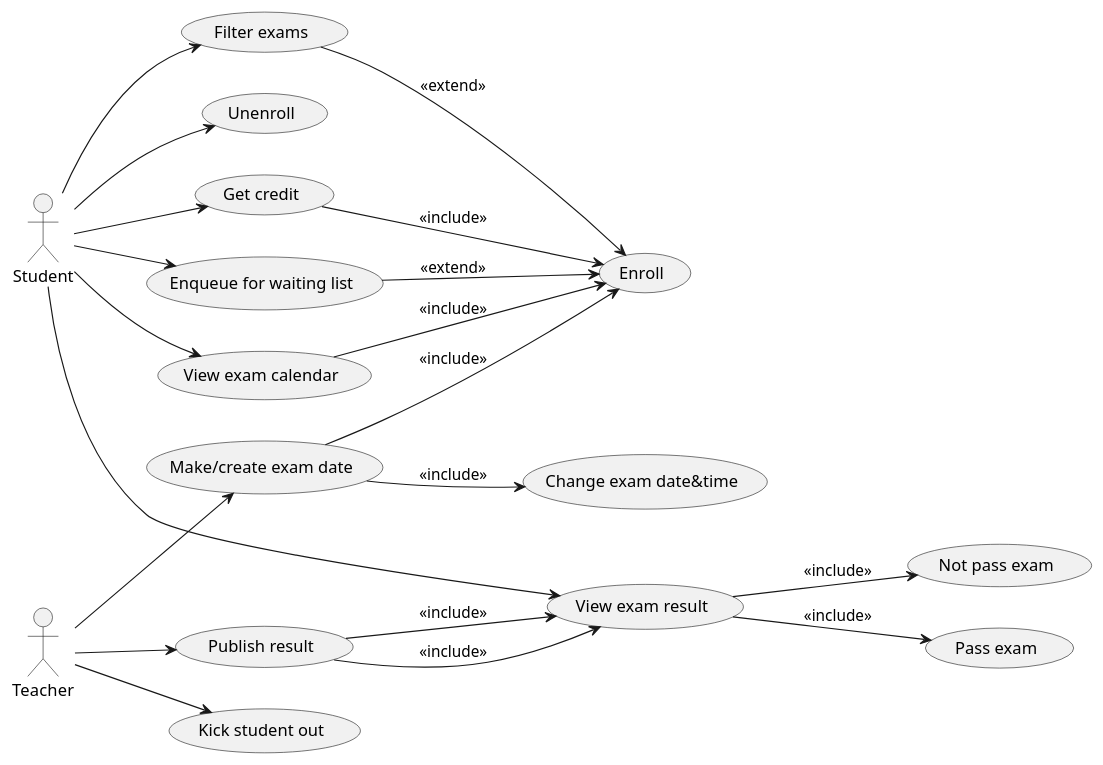
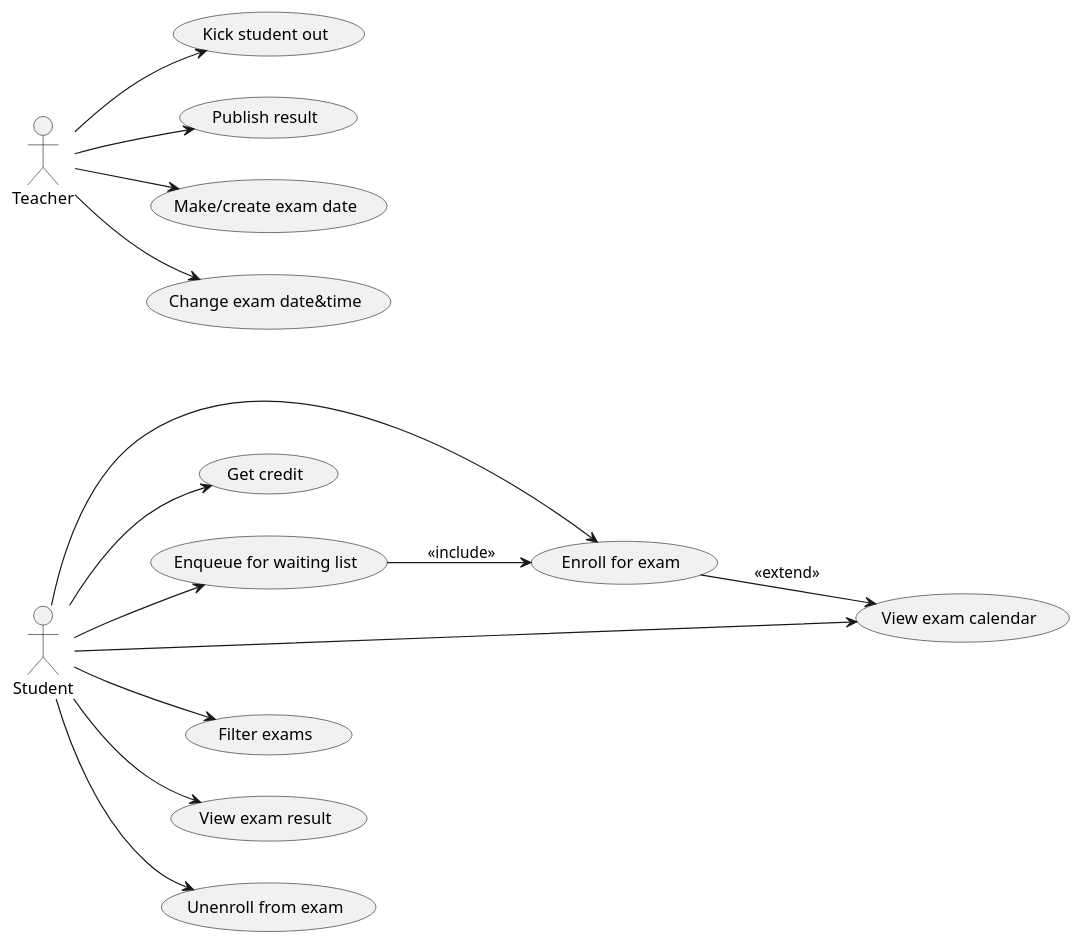
Before and after one commit to Fundeluk/nswi041-exams: the first of 2 diagrams in seminar-work.md, drawn with PlantUML. The commit also changed other lines of this file and 1 other file, not shown here.

Commit message:
add plantuml to seminar work

````diff
--- a/seminar-work.md
+++ b/seminar-work.md
@@ -46,42 +46,35 @@
 ```plantuml
-@startuml
+@startuml UseCases1
 left to right direction
 actor Student as s
 actor Teacher as t
-usecase "Enroll" as SI
+usecase "Enroll for exam" as SI
 usecase "Get credit" as GC1
 usecase "Enqueue for waiting list" as QWL1
 usecase "View exam calendar" as VEC1
 usecase "Filter exams" as FE1
 usecase "View exam result" as VER1
-usecase "Unenroll" as SO1
+usecase "Unenroll from exam" as SO1
 usecase "Kick student out" as KSO1
 usecase "Publish result" as PR
 usecase "Make/create exam date" as MED
 usecase "Change exam date&time" as CED
-usecase "Not pass exam" as NPE
-usecase "Pass exam" as PE
  
 s --> GC1
 s --> QWL1
 s --> VEC1
 s --> FE1
 s --> VER1
 s --> SO1
+s --> SI
 
-VER1 --> NPE : <<include>>
-VER1 --> PE : <<include>>
-GC1 --> SI : <<include>>
-VEC1 --> SI : <<include>>
-FE1 --> SI : <<extend>>
-QWL1 --> SI : <<extend>>
-MED --> SI : <<include>>
-PR --> VER1 : <<include>>
-PR --> VER1 : <<include>>
-MED --> CED : <<include>>
+QWL1 --> SI : <<include>>
+SI --> VEC1 : <<extend>>
 
 t --> KSO1
 t --> PR
 t --> MED
+t --> CED
 @enduml
+
 ```
````
